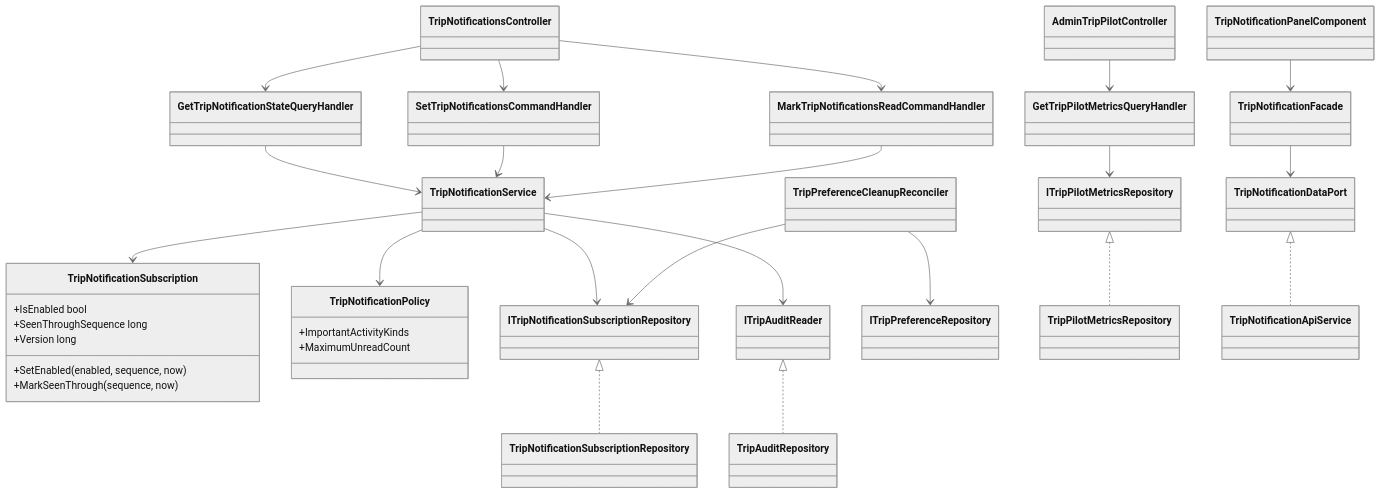
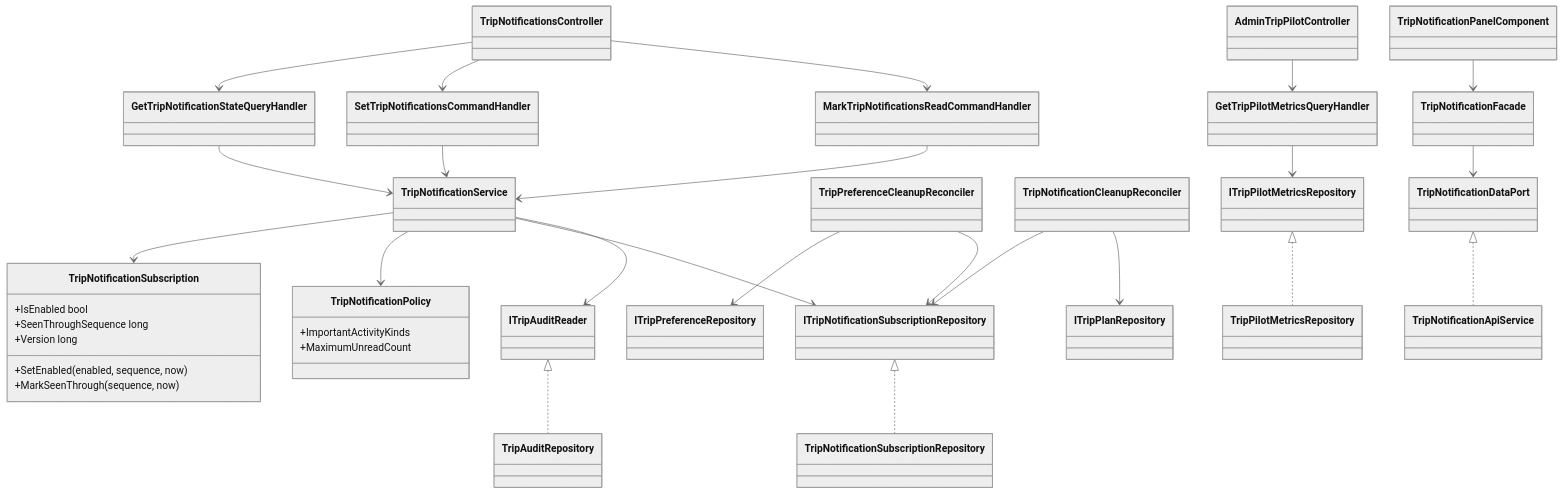
One commit to Ced59/AmusementParkProject changed the second of 3 diagrams in docs/architecture/product-growth-trip-13-collaborative-pilot-2026-09-25.md. Above: the diagram before and after it, drawn with Mermaid (neutral theme). The commit also changed other lines of this file and 29 other files, not shown here.

````diff
--- a/docs/architecture/product-growth-trip-13-collaborative-pilot-2026-09-25.md
+++ b/docs/architecture/product-growth-trip-13-collaborative-pilot-2026-09-25.md
@@ -160,54 +162,57 @@
 ```mermaid
 classDiagram
     class TripNotificationsController
     class GetTripNotificationStateQueryHandler
     class SetTripNotificationsCommandHandler
     class MarkTripNotificationsReadCommandHandler
     class TripNotificationService
     class TripNotificationSubscription {
       +IsEnabled bool
       +SeenThroughSequence long
       +Version long
       +SetEnabled(enabled, sequence, now)
       +MarkSeenThrough(sequence, now)
     }
     class TripNotificationPolicy {
       +ImportantActivityKinds
       +MaximumUnreadCount
     }
     class ITripNotificationSubscriptionRepository
     class ITripAuditReader
     class TripNotificationSubscriptionRepository
     class TripAuditRepository
     class TripPreferenceCleanupReconciler
+    class TripNotificationCleanupReconciler
     class ITripPreferenceRepository
     class GetTripPilotMetricsQueryHandler
     class ITripPilotMetricsRepository
     class TripPilotMetricsRepository
     class AdminTripPilotController
     class TripNotificationPanelComponent
     class TripNotificationFacade
     class TripNotificationDataPort
     class TripNotificationApiService
 
     TripNotificationsController --> GetTripNotificationStateQueryHandler
     TripNotificationsController --> SetTripNotificationsCommandHandler
     TripNotificationsController --> MarkTripNotificationsReadCommandHandler
     GetTripNotificationStateQueryHandler --> TripNotificationService
     SetTripNotificationsCommandHandler --> TripNotificationService
     MarkTripNotificationsReadCommandHandler --> TripNotificationService
     TripNotificationService --> TripNotificationSubscription
     TripNotificationService --> TripNotificationPolicy
     TripNotificationService --> ITripNotificationSubscriptionRepository
     TripNotificationService --> ITripAuditReader
     ITripNotificationSubscriptionRepository <|.. TripNotificationSubscriptionRepository
     ITripAuditReader <|.. TripAuditRepository
     TripPreferenceCleanupReconciler --> ITripPreferenceRepository
     TripPreferenceCleanupReconciler --> ITripNotificationSubscriptionRepository
+    TripNotificationCleanupReconciler --> ITripNotificationSubscriptionRepository
+    TripNotificationCleanupReconciler --> ITripPlanRepository
     AdminTripPilotController --> GetTripPilotMetricsQueryHandler
     GetTripPilotMetricsQueryHandler --> ITripPilotMetricsRepository
     ITripPilotMetricsRepository <|.. TripPilotMetricsRepository
     TripNotificationPanelComponent --> TripNotificationFacade
     TripNotificationFacade --> TripNotificationDataPort
     TripNotificationDataPort <|.. TripNotificationApiService
 ```
````
